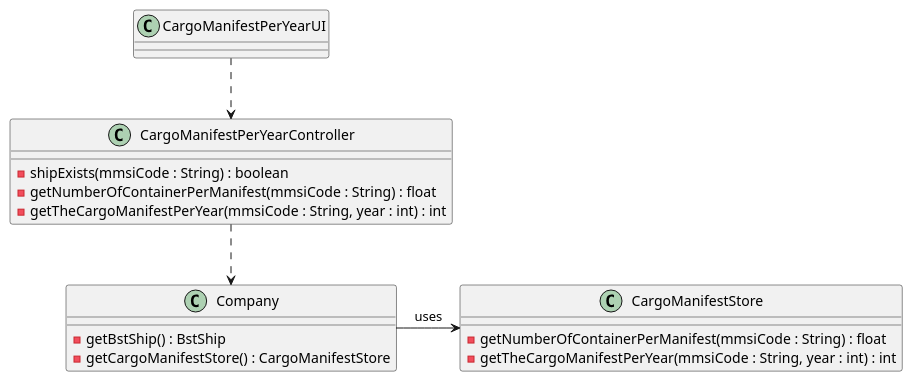
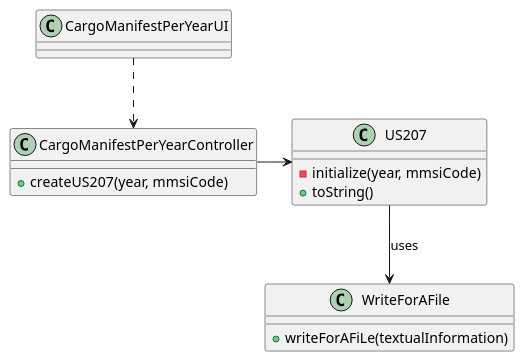
Before and after one commit to 0franciscor/lapr3-2021-g042: the diagram in docs/US207/US207_CD.puml, drawn with PlantUML. The commit also changed 16 other files, not shown here.

```diff
--- a/docs/US207/US207_CD.puml
+++ b/docs/US207/US207_CD.puml
@@ -1,29 +1,29 @@
 @startuml
 'https://plantuml.com/class-diagram
 
 class CargoManifestPerYearUI{
 
 }
 
 class CargoManifestPerYearController{
-- shipExists(mmsiCode : String) : boolean
-- getNumberOfContainerPerManifest(mmsiCode : String) : float
-- getTheCargoManifestPerYear(mmsiCode : String, year : int) : int
++ createUS207(year, mmsiCode)
 }
 
-class Company {
--getBstShip() : BstShip
--getCargoManifestStore() : CargoManifestStore
+
+class US207 {
+- initialize(year, mmsiCode)
++ toString()
+
 }
 
-class CargoManifestStore{
-- getNumberOfContainerPerManifest(mmsiCode : String) : float
-- getTheCargoManifestPerYear(mmsiCode : String, year : int) : int
+class WriteForAFile{
++ writeForAFiLe(textualInformation)
 
 }
 
 
 CargoManifestPerYearUI ..> CargoManifestPerYearController
-CargoManifestPerYearController ..> Company
-Company -> CargoManifestStore : uses
+CargoManifestPerYearController -> US207
+US207 --> WriteForAFile : uses
+
 @enduml
```
